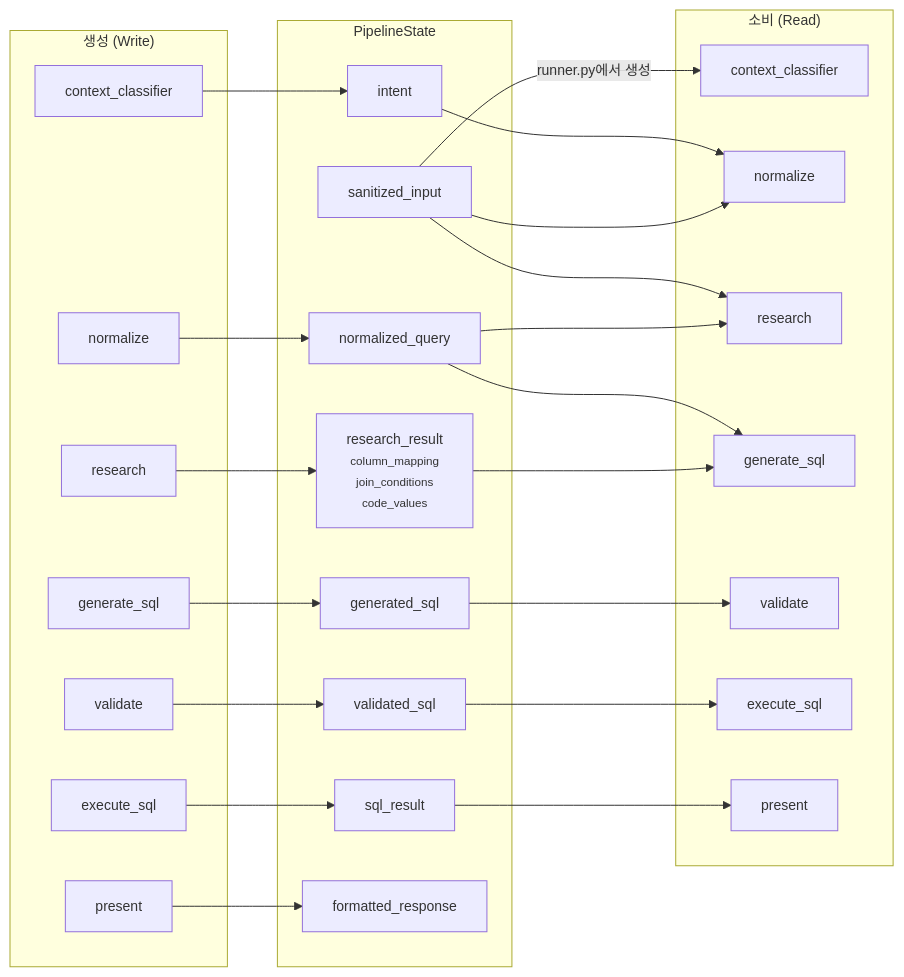
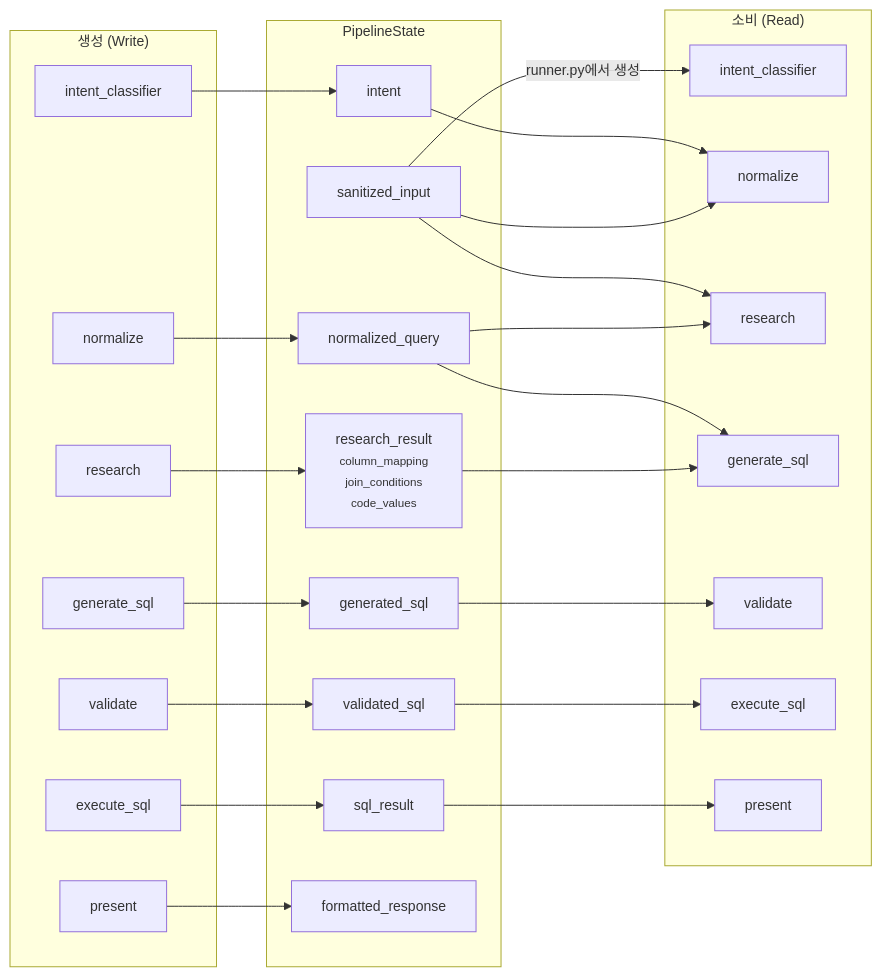
One commit to cheol-hee-han/data-copilot changed the sixth of 6 diagrams in docs/architecture/large-model-architecture.md. Above: the diagram before and after it, drawn with Mermaid. The commit also changed other lines of this file and 296 other files, not shown here.

````diff
--- a/docs/architecture/large-model-architecture.md
+++ b/docs/architecture/large-model-architecture.md
@@ -894,50 +894,50 @@
 ```mermaid
 ---
 config:
   themeVariables:
     fontSize: 14px
 ---
 flowchart LR
     subgraph write["생성 (Write)"]
-        W_UND["context_classifier"]
+        W_UND["intent_classifier"]
         W_NOR["normalize"]
         W_RES["research"]
         W_GEN["generate_sql"]
         W_VAL["validate"]
         W_EXE["execute_sql"]
         W_PRS["present"]
     end
 
     subgraph state["PipelineState"]
         S_PI["sanitized_input"]
         S_IN["intent"]
         S_NQ["normalized_query"]
         S_RR["research_result<br/><small>column_mapping<br/>join_conditions<br/>code_values</small>"]
         S_GS["generated_sql"]
         S_VS["validated_sql"]
         S_SR["sql_result"]
         S_FR["formatted_response"]
     end
 
     subgraph read["소비 (Read)"]
-        R_UND["context_classifier"]
+        R_UND["intent_classifier"]
         R_NOR["normalize"]
         R_RES["research"]
         R_GEN["generate_sql"]
         R_VAL["validate"]
         R_EXE["execute_sql"]
         R_PRS["present"]
     end
 
     S_PI -->|"runner.py에서 생성"| R_UND
     W_UND --> S_IN --> R_NOR
     S_PI --> R_NOR
     S_PI --> R_RES
     W_NOR --> S_NQ --> R_RES
     S_NQ --> R_GEN
     W_RES --> S_RR --> R_GEN
     W_GEN --> S_GS --> R_VAL
     W_VAL --> S_VS --> R_EXE
     W_EXE --> S_SR --> R_PRS
     W_PRS --> S_FR
 ```
````
